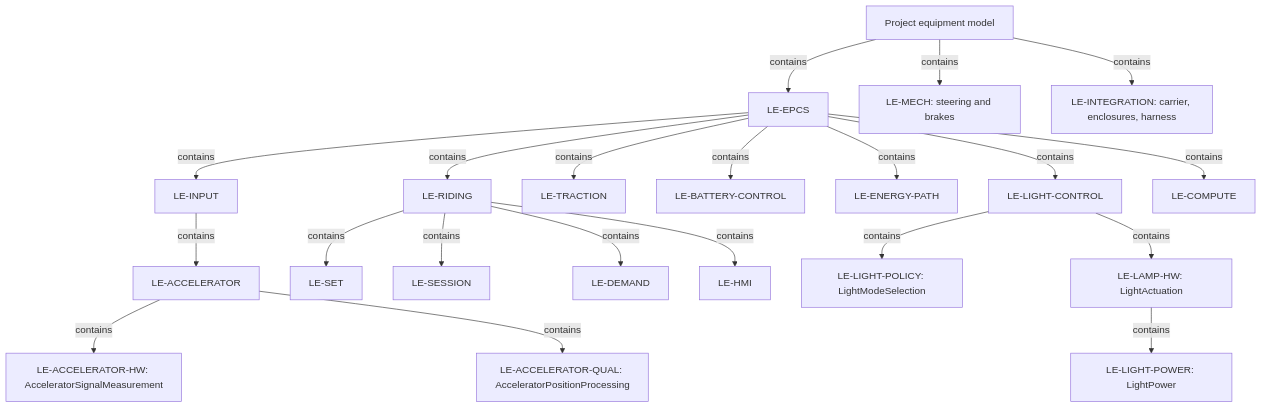
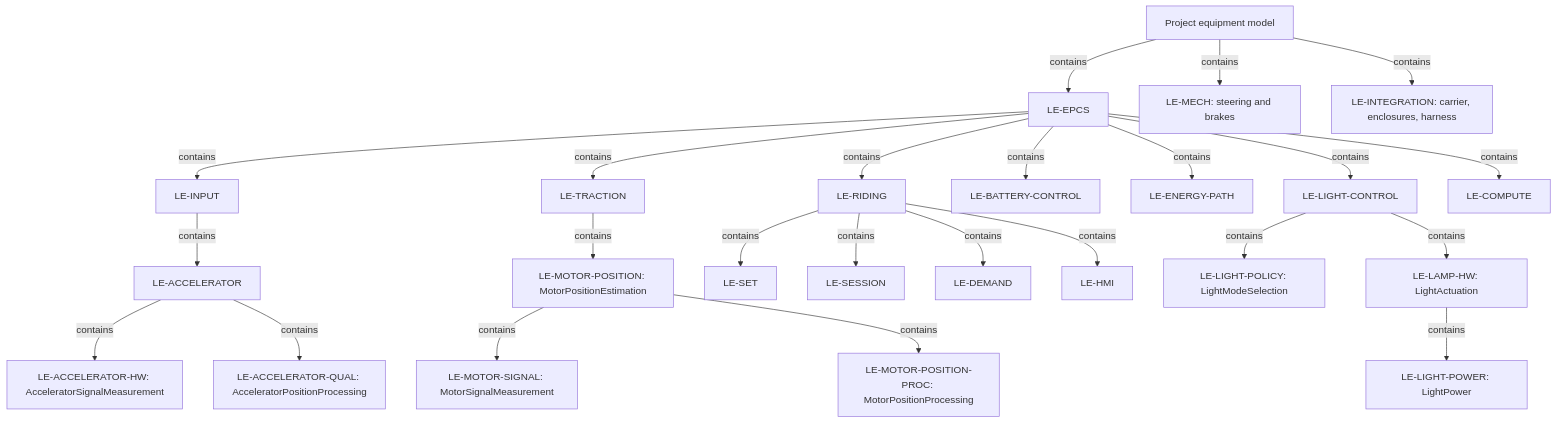
The first of 2 diagrams in .devenv/Architecture/SystemArchitecture/ARCH-001_System_Architecture.md (dhellhake/X2CityMCU), drawn with Mermaid before and after one commit. The commit also changed other lines of this file and 69 other files, not shown here.

Commit message:
Refactored MotorPositionEstimation on System-Level

````diff
--- a/.devenv/Architecture/SystemArchitecture/ARCH-001_System_Architecture.md
+++ b/.devenv/Architecture/SystemArchitecture/ARCH-001_System_Architecture.md
@@ -25,23 +25,26 @@
 ```mermaid
 flowchart TB
     Context["Project equipment model"] -->|contains| EPCS["LE-EPCS"]
     Context -->|contains| Mech["LE-MECH: steering and brakes"]
     Context -->|contains| VehicleIntegration["LE-INTEGRATION: carrier, enclosures, harness"]
     EPCS -->|contains| Riding["LE-RIDING"]
     EPCS -->|contains| Input["LE-INPUT"]
     EPCS -->|contains| Traction["LE-TRACTION"]
+    Traction -->|contains| MotorPosition["LE-MOTOR-POSITION: MotorPositionEstimation"]
+    MotorPosition -->|contains| MotorSignal["LE-MOTOR-SIGNAL: MotorSignalMeasurement"]
+    MotorPosition -->|contains| MotorPositionProc["LE-MOTOR-POSITION-PROC: MotorPositionProcessing"]
     EPCS -->|contains| BatteryControl["LE-BATTERY-CONTROL"]
     EPCS -->|contains| EnergyPath["LE-ENERGY-PATH"]
     EPCS -->|contains| LightControl["LE-LIGHT-CONTROL"]
     EPCS -->|contains| Compute["LE-COMPUTE"]
     Input -->|contains| Accelerator["LE-ACCELERATOR"]
     Accelerator -->|contains| AcceleratorHw["LE-ACCELERATOR-HW: AcceleratorSignalMeasurement"]
     Accelerator -->|contains| AcceleratorQual["LE-ACCELERATOR-QUAL: AcceleratorPositionProcessing"]
     Riding -->|contains| Set["LE-SET"]
     Riding -->|contains| Session["LE-SESSION"]
     Riding -->|contains| Demand["LE-DEMAND"]
     Riding -->|contains| HMI["LE-HMI"]
     LightControl -->|contains| LightModeSelection["LE-LIGHT-POLICY: LightModeSelection"]
     LightControl -->|contains| LightActuation["LE-LAMP-HW: LightActuation"]
     LightActuation -->|contains| LightPower["LE-LIGHT-POWER: LightPower"]
 ```
````
